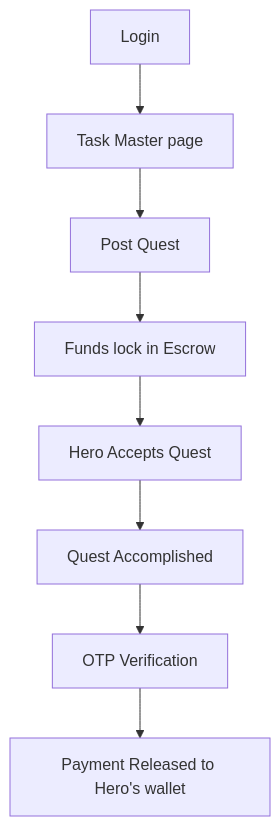
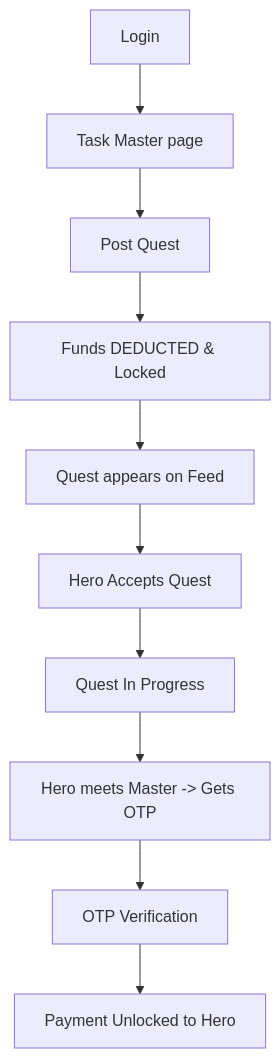
The first of 4 diagrams in TECHNICAL_ARCHITECTURE.md (arupdhara/arup-demo), drawn with Mermaid before and after one commit. The commit also changed other lines of this file, not shown here.

````diff
--- a/TECHNICAL_ARCHITECTURE.md
+++ b/TECHNICAL_ARCHITECTURE.md
@@ -4,10 +6,12 @@
 ```mermaid
 graph TD
     Login[Login] --> Home[Task Master page]
     Home --> Post[Post Quest]
-    Post --> Escrow[Funds lock in Escrow]
-    Escrow --> Hero[Hero Accepts Quest]
-    Hero --> Done[Quest Accomplished]
-    Done --> OTP[OTP Verification]
-    OTP --> Release[Payment Released to Hero's wallet]
+    Post --> Escrow[Funds DEDUCTED & Locked]
+    Escrow --> Feed[Quest appears on Feed]
+    Feed --> Hero[Hero Accepts Quest]
+    Hero --> Working[Quest In Progress]
+    Working --> OTP[Hero meets Master -> Gets OTP]
+    OTP --> Verify[OTP Verification]
+    Verify --> Release[Payment Unlocked to Hero]
 ```
````
